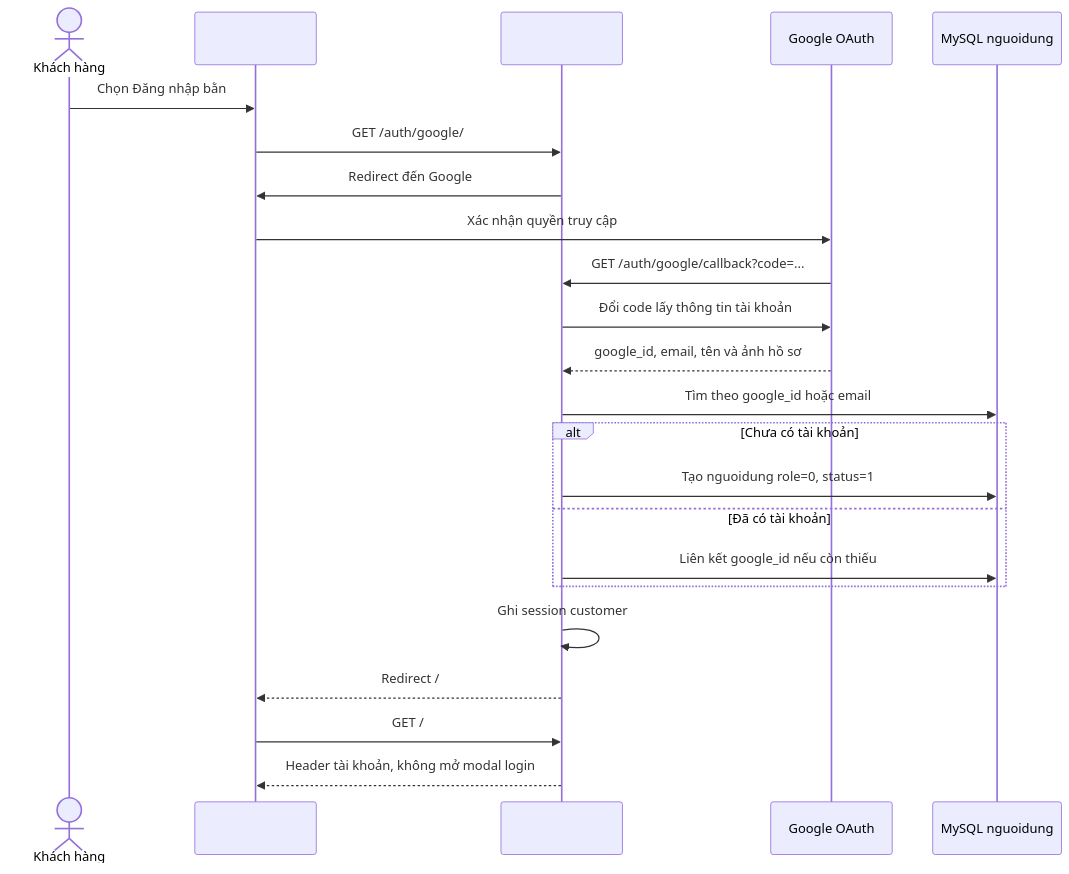
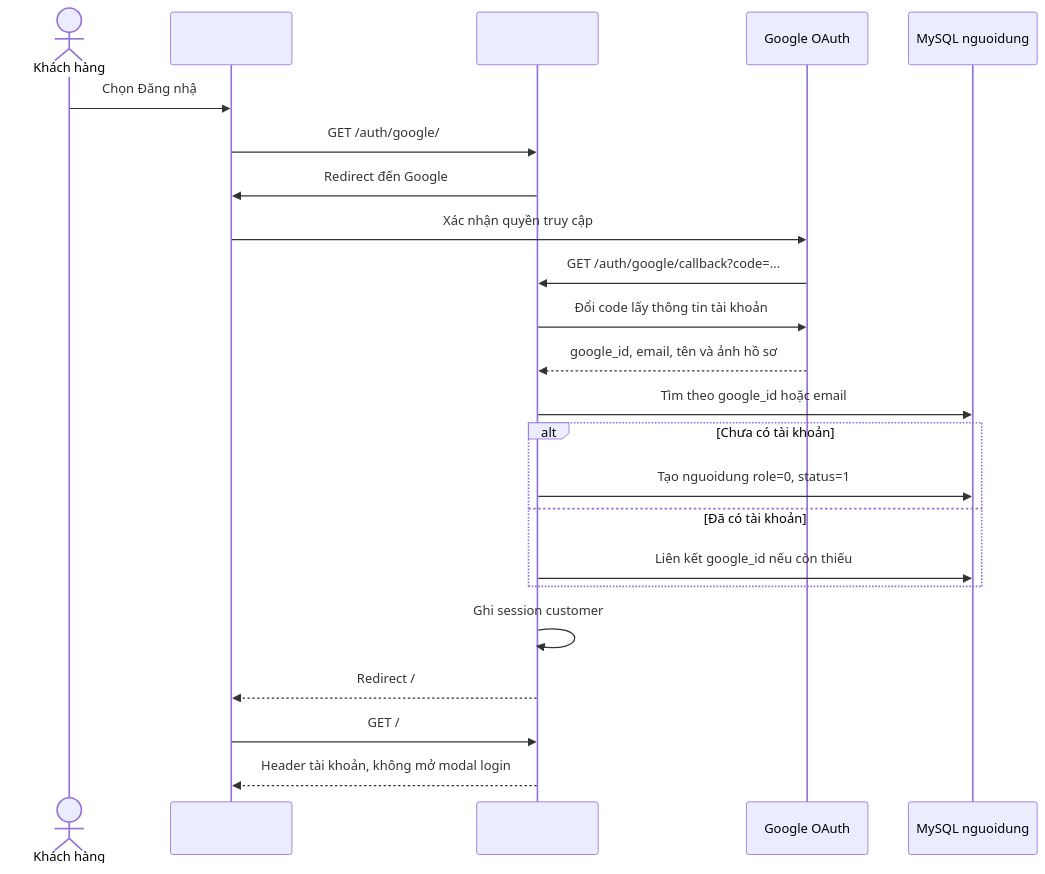
One commit to ThuanDepzai03/DuAnTotNghiep changed the third of 4 diagrams in README.md. Above: the diagram before and after it, drawn with Mermaid.

Commit message:
sửa sản phẩm

````diff
--- a/README.md
+++ b/README.md
@@ -715,26 +715,26 @@
 ```mermaid
 sequenceDiagram
         actor Customer as Khách hàng
         participant Browser as 
         participant Laravel as
         participant Google as Google OAuth
         participant DB as MySQL nguoidung
 
-        Customer->>Browser: Chọn Đăng nhập bằn
+        Customer->>Browser: Chọn Đăng nhậ
         Browser->>Laravel: GET /auth/google/
         Laravel->>Browser: Redirect đến Google
         Browser->>Google: Xác nhận quyền truy cập
         Google->>Laravel: GET /auth/google/callback?code=...
         Laravel->>Google: Đổi code lấy thông tin tài khoản
         Google-->>Laravel: google_id, email, tên và ảnh hồ sơ
         Laravel->>DB: Tìm theo google_id hoặc email
         alt Chưa có tài khoản
                 Laravel->>DB: Tạo nguoidung role=0, status=1
         else Đã có tài khoản
                 Laravel->>DB: Liên kết google_id nếu còn thiếu
         end
         Laravel->>Laravel: Ghi session customer
         Laravel-->>Browser: Redirect /
         Browser->>Laravel: GET /
         Laravel-->>Browser: Header tài khoản, không mở modal login
 ```
````
